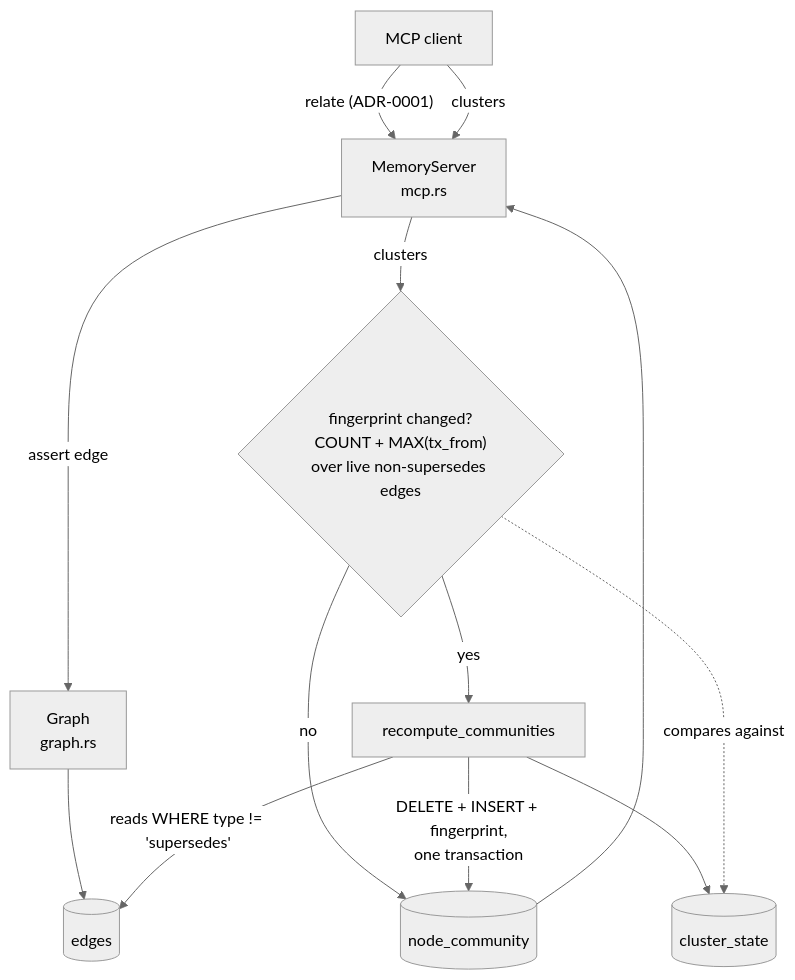
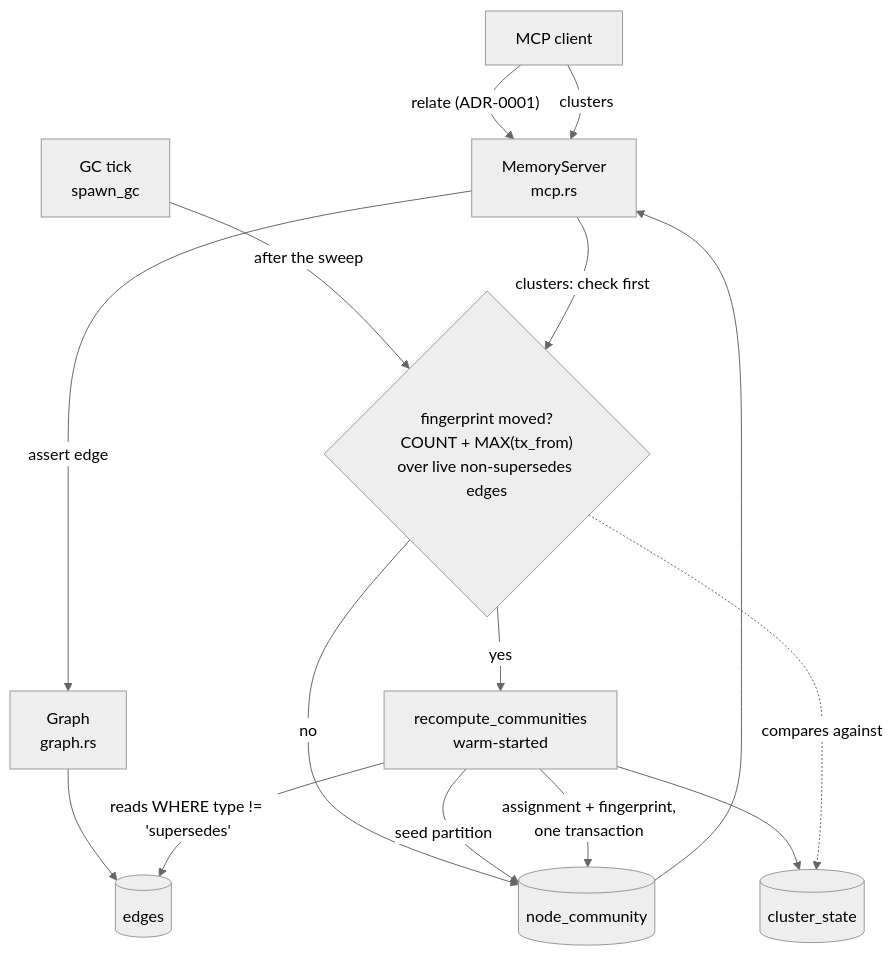
One commit to protocortex/liam changed the second of 3 diagrams in docs/adr/0002-cluster-recompute-cadence.md. Above: the diagram before and after it, drawn with Mermaid (neutral theme). The commit also changed other lines of this file and 1 other file, not shown here.

First line of the commit message:
docs(adr): revise ADR-0002 to hybrid warm-started recompute

````diff
--- a/docs/adr/0002-cluster-recompute-cadence.md
+++ b/docs/adr/0002-cluster-recompute-cadence.md
@@ -238,15 +294,19 @@
 ```mermaid
 flowchart TD
     A["MCP client"] -->|"relate (ADR-0001)"| B["MemoryServer<br/>mcp.rs"]
     A -->|clusters| B
     B -->|"assert edge"| C["Graph<br/>graph.rs"]
     C --> D[("edges")]
-    B -->|clusters| S{"fingerprint changed?<br/>COUNT + MAX(tx_from)<br/>over live non-supersedes edges"}
+
+    E["GC tick<br/>spawn_gc"] -->|"after the sweep"| S
+    B -->|"clusters: check first"| S{"fingerprint moved?<br/>COUNT + MAX(tx_from)<br/>over live non-supersedes edges"}
+
     S -->|no| G[("node_community")]
-    S -->|yes| F["recompute_communities"]
+    S -->|yes| F["recompute_communities<br/>warm-started"]
     F -->|"reads WHERE type != 'supersedes'"| D
-    F -->|"DELETE + INSERT + fingerprint,<br/>one transaction"| G
+    F -->|"seed partition"| G
+    F -->|"assignment + fingerprint,<br/>one transaction"| G
     F --> T[("cluster_state")]
     S -.->|"compares against"| T
     G --> B
 ```
````
